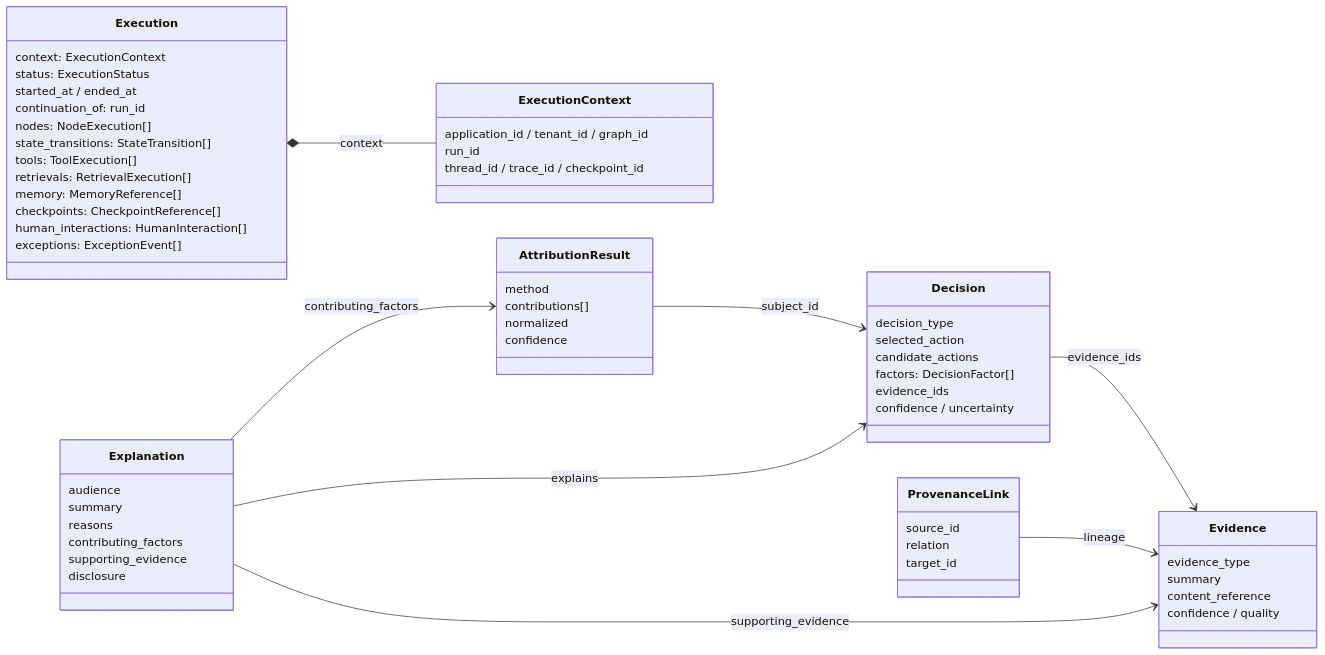
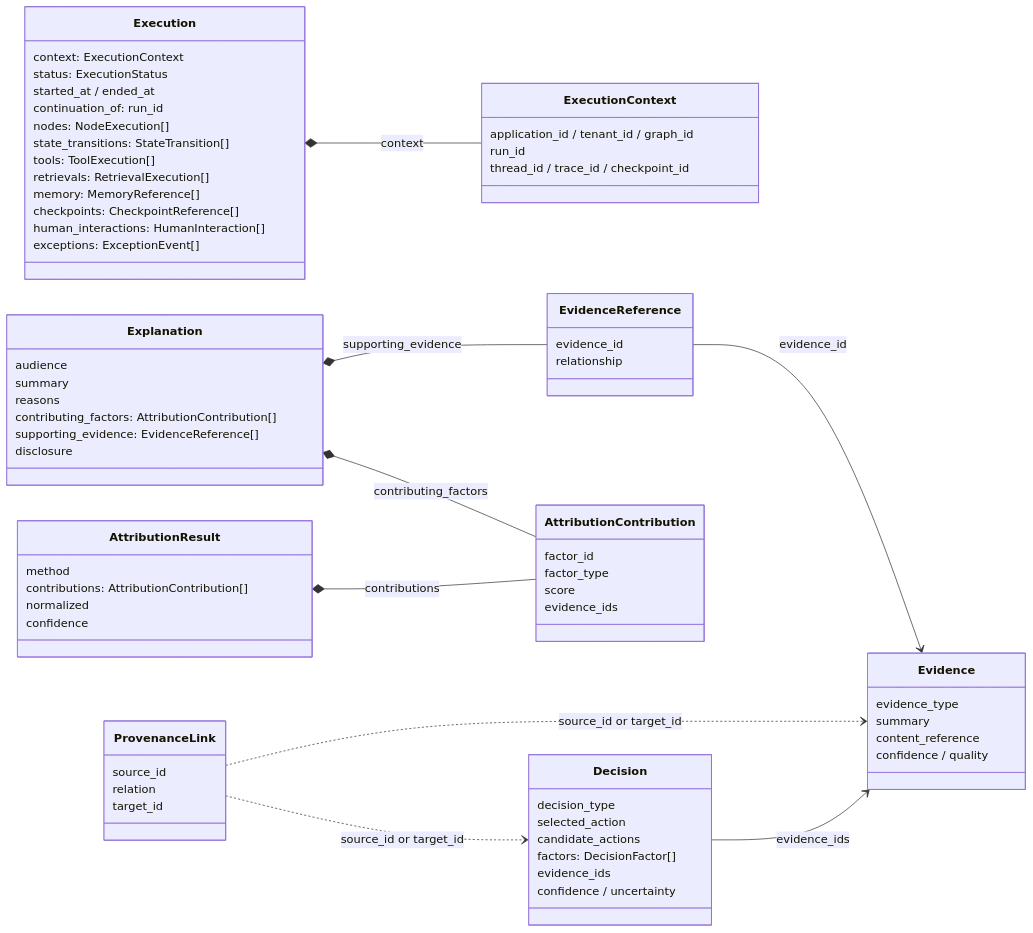
Before and after one commit to smuniharish/agxai: the diagram in diagrams/artifact-lineage.mmd, drawn with Mermaid. The commit also changed 49 other files, not shown here.

```diff
--- a/diagrams/artifact-lineage.mmd
+++ b/diagrams/artifact-lineage.mmd
@@ -1,61 +1,72 @@
 classDiagram
     direction LR
     class Execution {
         context: ExecutionContext
         status: ExecutionStatus
         started_at / ended_at
         continuation_of: run_id
         nodes: NodeExecution[]
         state_transitions: StateTransition[]
         tools: ToolExecution[]
         retrievals: RetrievalExecution[]
         memory: MemoryReference[]
         checkpoints: CheckpointReference[]
         human_interactions: HumanInteraction[]
         exceptions: ExceptionEvent[]
     }
     class ExecutionContext {
         application_id / tenant_id / graph_id
         run_id
         thread_id / trace_id / checkpoint_id
     }
     class Evidence {
         evidence_type
         summary
         content_reference
         confidence / quality
     }
     class Decision {
         decision_type
         selected_action
         candidate_actions
         factors: DecisionFactor[]
         evidence_ids
         confidence / uncertainty
     }
     class ProvenanceLink {
         source_id
         relation
         target_id
     }
     class AttributionResult {
         method
-        contributions[]
+        contributions: AttributionContribution[]
         normalized
         confidence
+    }
+    class AttributionContribution {
+        factor_id
+        factor_type
+        score
+        evidence_ids
+    }
+    class EvidenceReference {
+        evidence_id
+        relationship
     }
     class Explanation {
         audience
         summary
         reasons
-        contributing_factors
-        supporting_evidence
+        contributing_factors: AttributionContribution[]
+        supporting_evidence: EvidenceReference[]
         disclosure
     }
     Execution *-- ExecutionContext : context
     Decision --> Evidence : evidence_ids
-    ProvenanceLink --> Evidence : lineage
-    AttributionResult --> Decision : subject_id
-    Explanation --> Decision : explains
-    Explanation --> AttributionResult : contributing_factors
-    Explanation --> Evidence : supporting_evidence
+    ProvenanceLink ..> Evidence : source_id or target_id
+    ProvenanceLink ..> Decision : source_id or target_id
+    AttributionResult *-- AttributionContribution : contributions
+    Explanation *-- AttributionContribution : contributing_factors
+    Explanation *-- EvidenceReference : supporting_evidence
+    EvidenceReference --> Evidence : evidence_id
```
